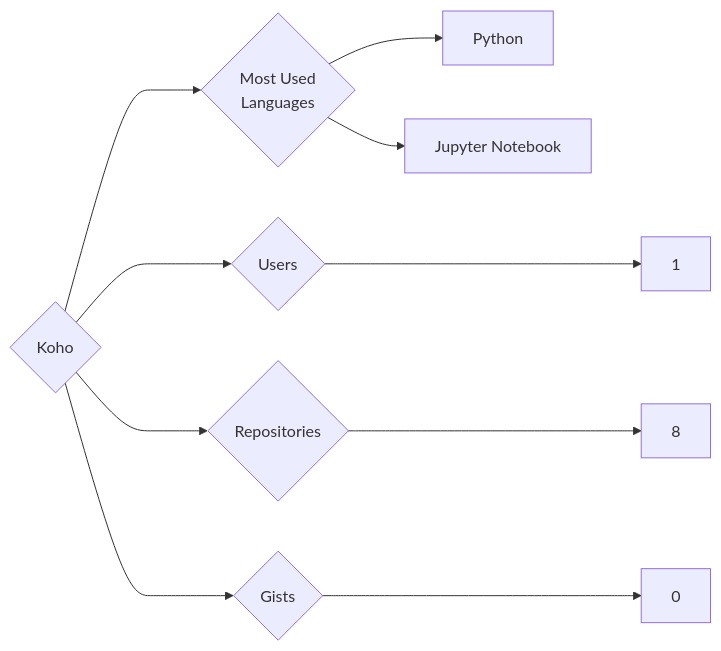
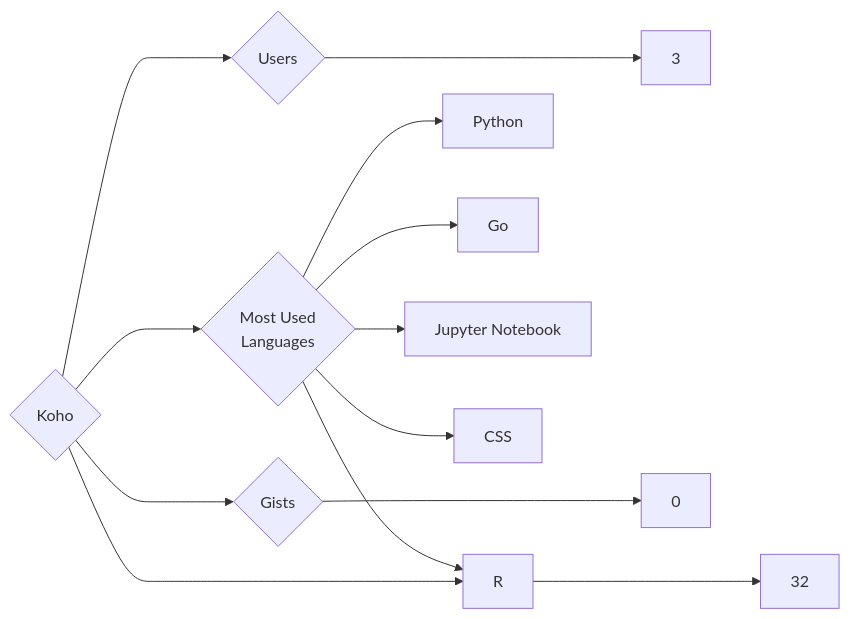
The diagram in targets/Koho/README.md (trickest/insiders), drawn with Mermaid before and after one commit. The commit also changed 984 other files, not shown here.

````diff
--- a/targets/Koho/README.md
+++ b/targets/Koho/README.md
@@ -3,10 +3,13 @@
 ```mermaid
 graph LR
 COMPANY_NAME{Koho}
-COMPANY_NAME ---> U{Users} ---> UN[1]
-COMPANY_NAME ---> R{Repositories} ---> RN[8]
+COMPANY_NAME ---> U{Users} ---> UN[3]
+COMPANY_NAME ---> R{Repositories} ---> RN[32]
 COMPANY_NAME ---> G{Gists} ---> GN[0]
 COMPANY_NAME ---> ML{Most Used<br>Languages}
 ML --> Python[Python]
+ML --> Go[Go]
+ML --> R[R]
 ML --> Jupyter_Notebook[Jupyter Notebook]
+ML --> CSS[CSS]
 ```
````
